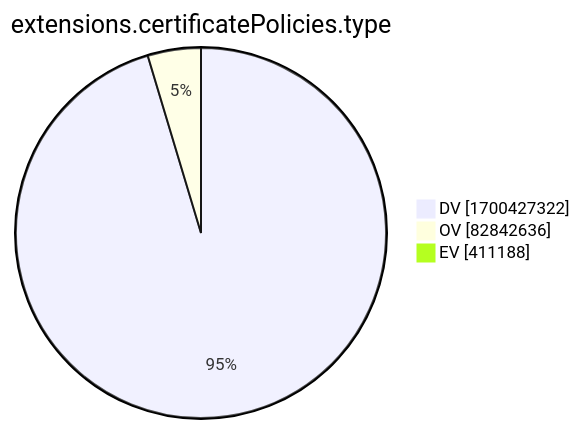
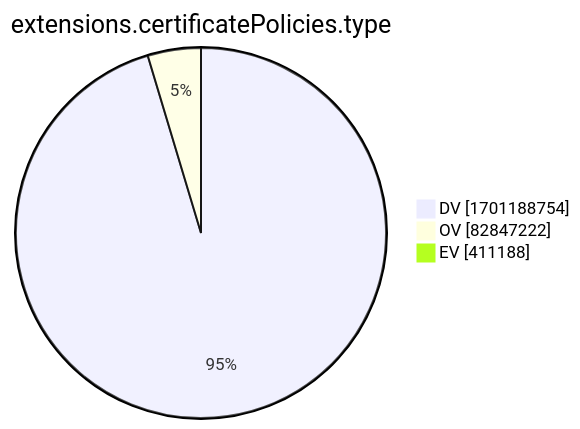
One commit to christiankrug/ctmonitor_visualization changed the tenth of 15 diagrams in xenon2022/README.md. Above: the diagram before and after it, drawn with Mermaid. The commit also changed other lines of this file, not shown here.

````diff
--- a/xenon2022/README.md
+++ b/xenon2022/README.md
@@ -2881,7 +2881,7 @@
 ```mermaid
 pie showData
 title extensions.certificatePolicies.type
-"DV" :1700427322
-"OV" :82842636
+"DV" :1701188754
+"OV" :82847222
 "EV" :411188
 ```
````
